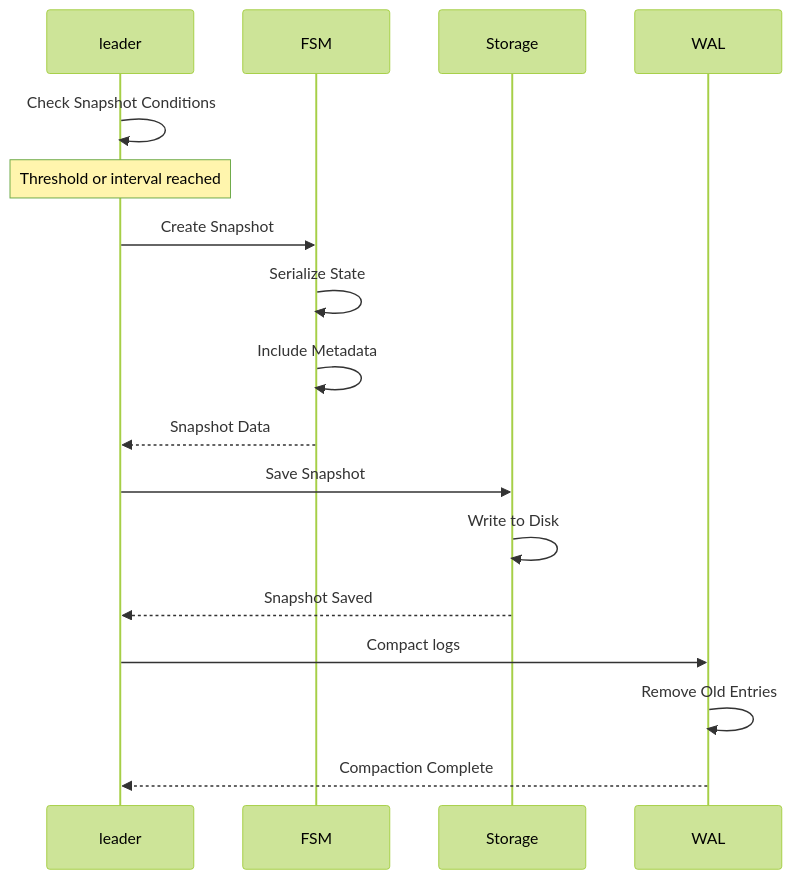
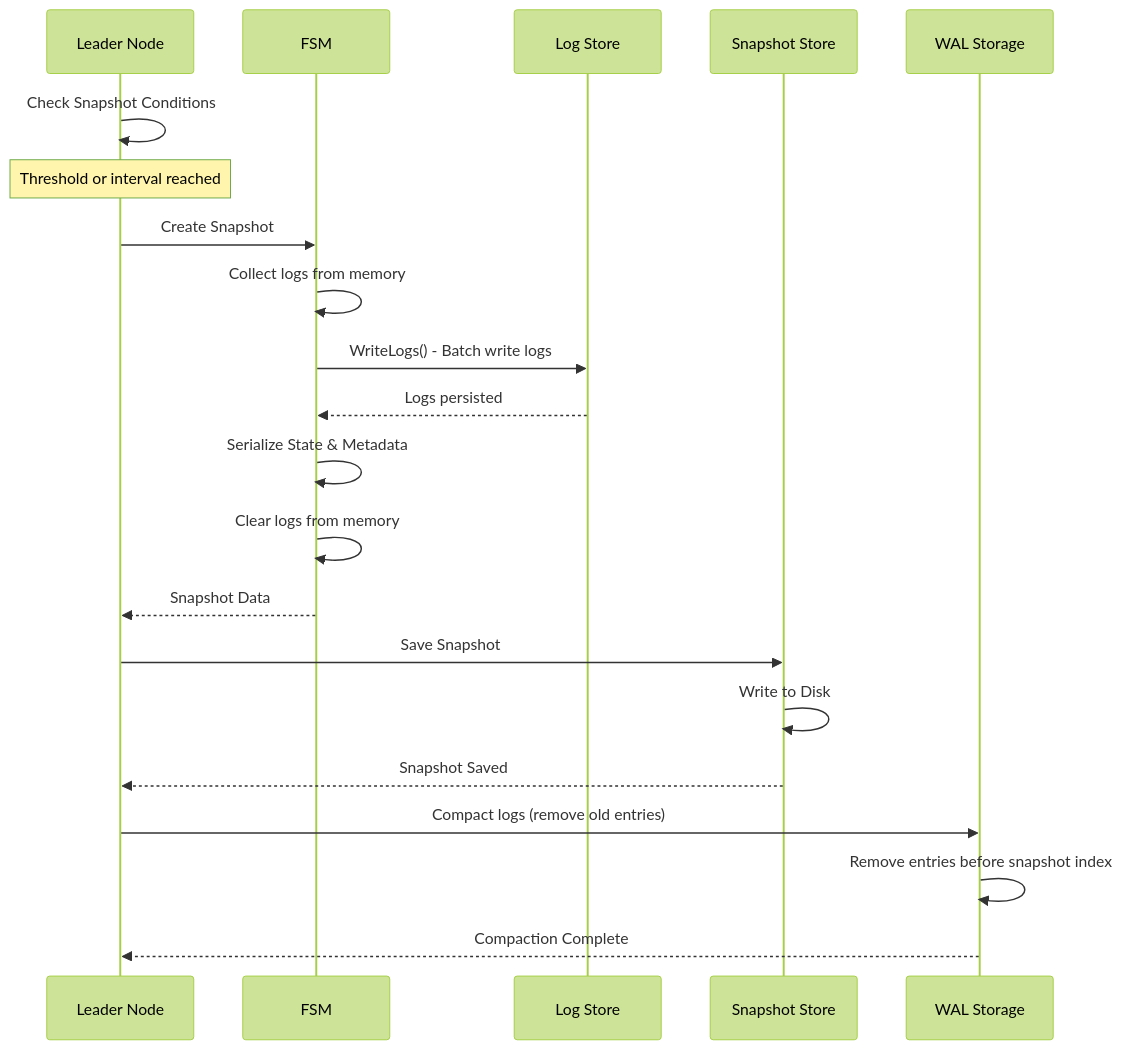
One commit to formancehq/ledger changed the fifth of 7 diagrams in docs/data-flows.md. Above: the diagram before and after it, drawn with Mermaid (forest theme). The commit also changed other lines of this file and 11 other files, not shown here.

````diff
--- a/docs/data-flows.md
+++ b/docs/data-flows.md
@@ -271,23 +275,27 @@
 ```mermaid
 sequenceDiagram
-    participant leader
-    participant FSM
-    participant Storage
-    participant WAL
+    participant Leader as Leader Node
+    participant FSM as FSM
+    participant LogStore as Log Store
+    participant SnapshotStore as Snapshot Store
+    participant WAL as WAL Storage
     
-    leader->>leader: Check Snapshot Conditions
-    Note over leader: Threshold or interval reached
+    Leader->>Leader: Check Snapshot Conditions
+    Note over Leader: Threshold or interval reached
     
-    leader->>FSM: Create Snapshot
-    FSM->>FSM: Serialize State
-    FSM->>FSM: Include Metadata
-    FSM-->>leader: Snapshot Data
+    Leader->>FSM: Create Snapshot
+    FSM->>FSM: Collect logs from memory
+    FSM->>LogStore: WriteLogs() - Batch write logs
+    LogStore-->>FSM: Logs persisted
+    FSM->>FSM: Serialize State & Metadata
+    FSM->>FSM: Clear logs from memory
+    FSM-->>Leader: Snapshot Data
     
-    leader->>Storage: Save Snapshot
-    Storage->>Storage: Write to Disk
-    Storage-->>leader: Snapshot Saved
+    Leader->>SnapshotStore: Save Snapshot
+    SnapshotStore->>SnapshotStore: Write to Disk
+    SnapshotStore-->>Leader: Snapshot Saved
     
-    leader->>WAL: Compact logs
-    WAL->>WAL: Remove Old Entries
-    WAL-->>leader: Compaction Complete
+    Leader->>WAL: Compact logs (remove old entries)
+    WAL->>WAL: Remove entries before snapshot index
+    WAL-->>Leader: Compaction Complete
 ```
````
